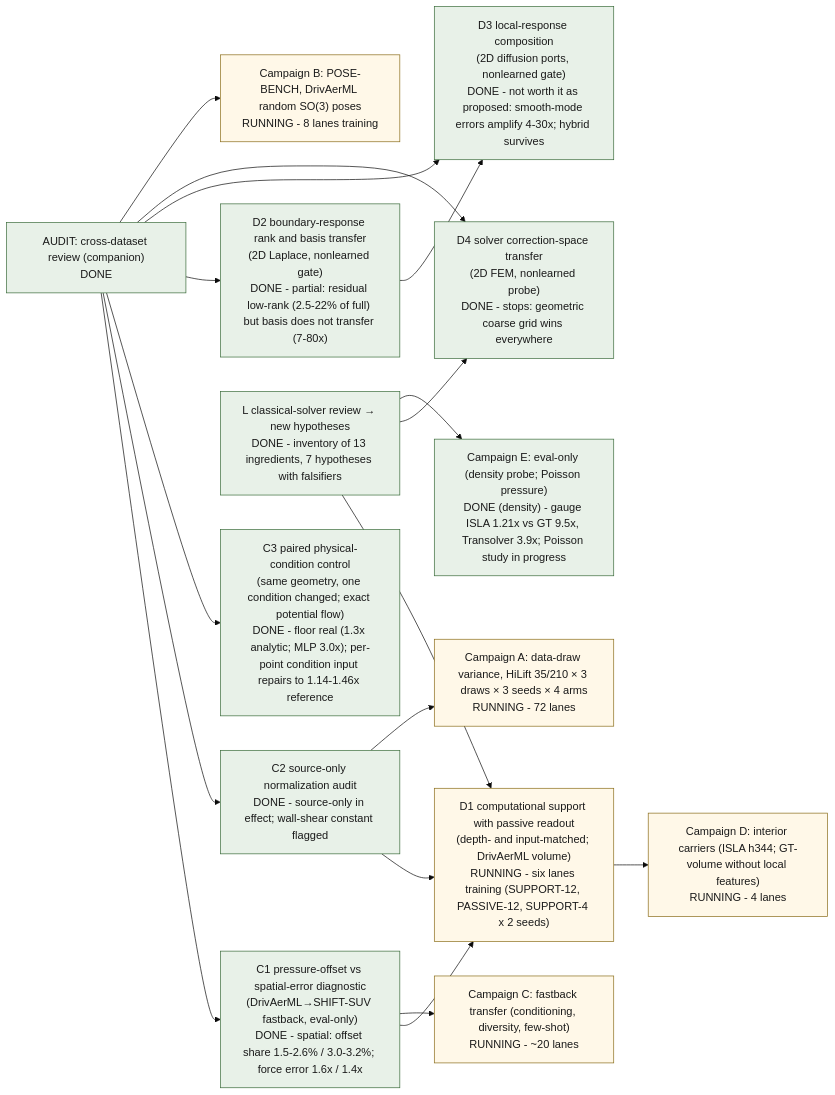
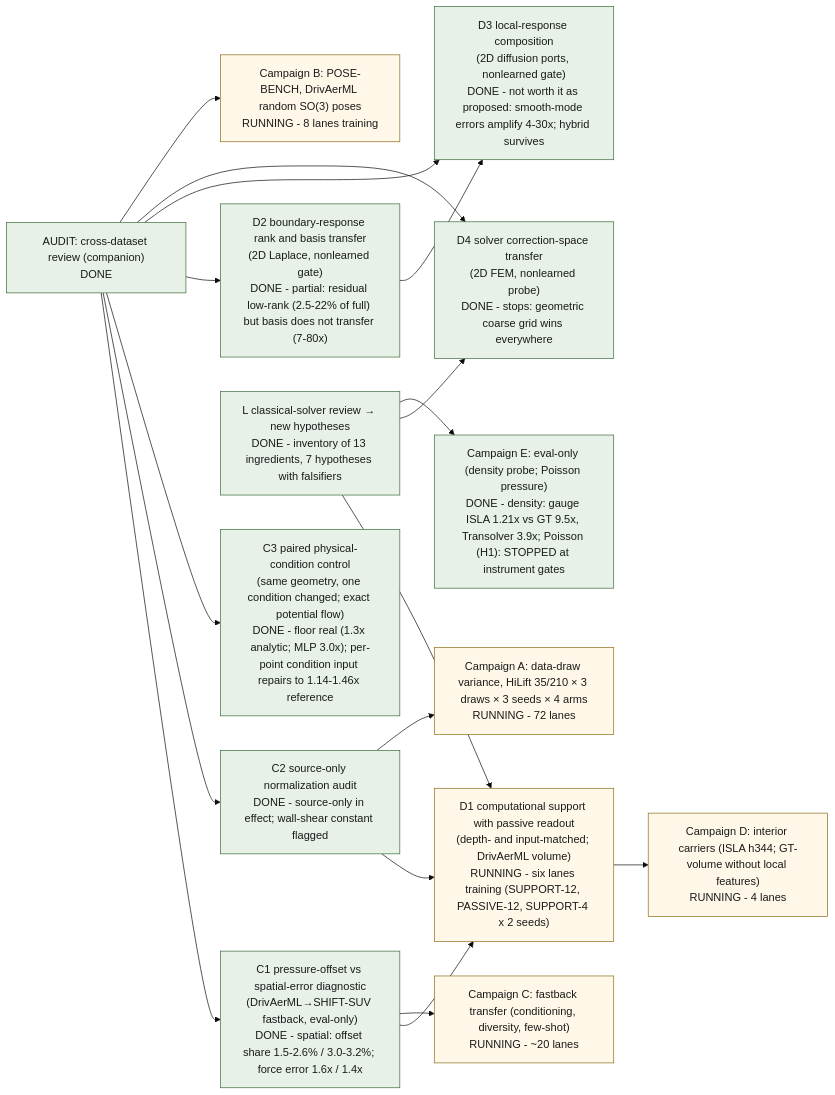
The diagram in examples/cfd/mesh_transformer/research/transfer_program/index.qmd (peterdsharpe/modulus), drawn with Mermaid (base theme) before and after one commit. The commit also changed other lines of this file and 2 other files, not shown here.

Commit message:
Transfer program: H1 Poisson-pressure verdict (stops at instrument gates: the 10k-point interior sample does not resolve the velocity; divergence 35% of gradient norm, recovered pressure 7.7 vs bar 0.10); chapter 6 priority section and ledger updated

````diff
--- a/examples/cfd/mesh_transformer/research/transfer_program/index.qmd
+++ b/examples/cfd/mesh_transformer/research/transfer_program/index.qmd
@@ -36,37 +36,37 @@
 ```{mermaid}
 flowchart LR
   classDef done fill:#e8f1e8,stroke:#3a6b3a,color:#1a1a1a
   classDef running fill:#fff8e8,stroke:#8a6d1a,color:#1a1a1a
   classDef ready fill:#eef3fb,stroke:#2a5ba8,color:#1a1a1a
   classDef planned fill:#f2f1ec,stroke:#898781,color:#1a1a1a,stroke-dasharray:4 3
   AUDIT["AUDIT: cross-dataset review (companion)<br/>DONE"]:::done
   POFF["C1 pressure-offset vs spatial-error diagnostic<br/>(DrivAerML→SHIFT-SUV fastback, eval-only)<br/>DONE - spatial: offset share 1.5-2.6% / 3.0-3.2%; force error 1.6x / 1.4x"]:::done
   SNORM["C2 source-only normalization audit<br/>DONE - source-only in effect; wall-shear constant flagged"]:::done
   PAIR["C3 paired physical-condition control<br/>(same geometry, one condition changed; exact potential flow)<br/>DONE - floor real (1.3x analytic; MLP 3.0x); per-point condition input repairs to 1.14-1.46x reference"]:::done
   SUPP["D1 computational support with passive readout<br/>(depth- and input-matched; DrivAerML volume)<br/>RUNNING - six lanes training (SUPPORT-12, PASSIVE-12, SUPPORT-4 x 2 seeds)"]:::running
   RESP["D2 boundary-response rank and basis transfer<br/>(2D Laplace, nonlearned gate)<br/>DONE - partial: residual low-rank (2.5-22% of full) but basis does not transfer (7-80x)"]:::done
   COMP["D3 local-response composition<br/>(2D diffusion ports, nonlearned gate)<br/>DONE - not worth it as proposed: smooth-mode errors amplify 4-30x; hybrid survives"]:::done
   SOLV["D4 solver correction-space transfer<br/>(2D FEM, nonlearned probe)<br/>DONE - stops: geometric coarse grid wins everywhere"]:::done
   CLASS["L classical-solver review → new hypotheses<br/>DONE - inventory of 13 ingredients, 7 hypotheses with falsifiers"]:::done
   CAMPA["Campaign A: data-draw variance, HiLift 35/210 × 3 draws × 3 seeds × 4 arms<br/>RUNNING - 72 lanes"]:::running
   CAMPB["Campaign B: POSE-BENCH, DrivAerML random SO(3) poses<br/>RUNNING - 8 lanes training"]:::running
   CAMPC["Campaign C: fastback transfer (conditioning, diversity, few-shot)<br/>RUNNING - ~20 lanes"]:::running
   CAMPD["Campaign D: interior carriers (ISLA h344; GT-volume without local features)<br/>RUNNING - 4 lanes"]:::running
-  CAMPE["Campaign E: eval-only (density probe; Poisson pressure)<br/>DONE (density) - gauge ISLA 1.21x vs GT 9.5x, Transolver 3.9x; Poisson study in progress"]:::done
+  CAMPE["Campaign E: eval-only (density probe; Poisson pressure)<br/>DONE - density: gauge ISLA 1.21x vs GT 9.5x, Transolver 3.9x; Poisson (H1): STOPPED at instrument gates"]:::done
   AUDIT --> POFF
   AUDIT --> SNORM
   AUDIT --> PAIR
   POFF --> SUPP
   SNORM --> SUPP
   AUDIT --> RESP
   AUDIT --> COMP
   AUDIT --> SOLV
   RESP --> COMP
   CLASS --> SUPP
   CLASS --> SOLV
   POFF --> CAMPC
   SNORM --> CAMPA
   CLASS --> CAMPE
   SUPP --> CAMPD
   AUDIT --> CAMPB
 ```
````
